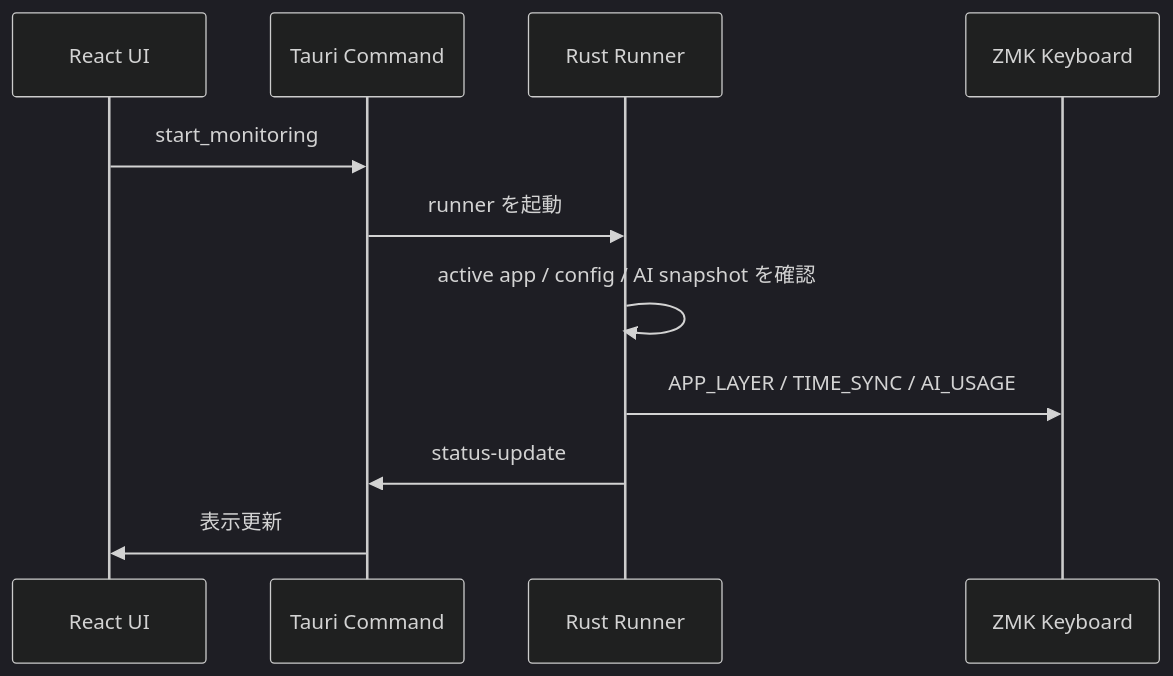
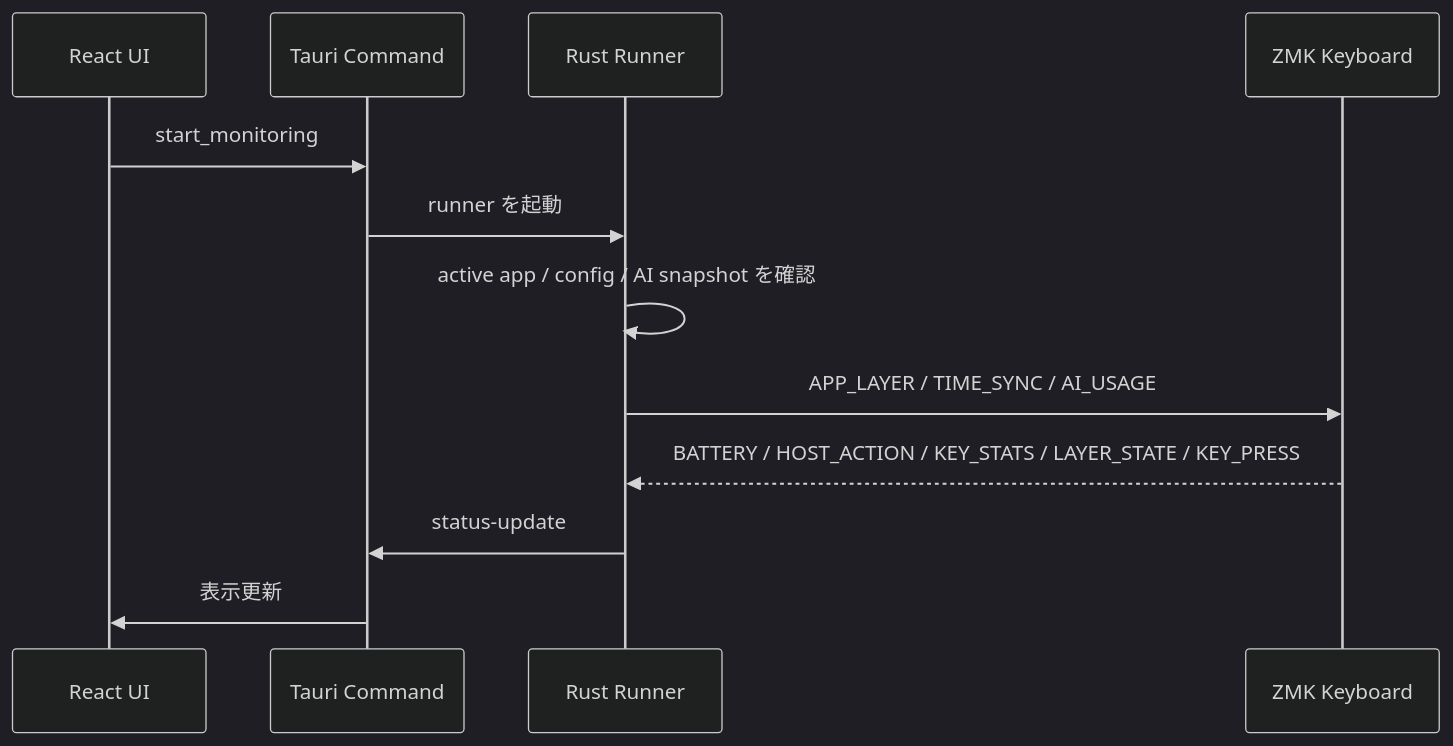
One commit to hrmt-lab/Keylink-Studio changed the second of 4 diagrams in docs/technology-overview.md. Above: the diagram before and after it, drawn with Mermaid (dark theme). The commit also changed other lines of this file and 15 other files, not shown here.

````diff
--- a/docs/technology-overview.md
+++ b/docs/technology-overview.md
@@ -140,13 +152,14 @@
 ```mermaid
 sequenceDiagram
     participant UI as React UI
     participant T as Tauri Command
     participant R as Rust Runner
     participant K as ZMK Keyboard
     UI->>T: start_monitoring
     T->>R: runner を起動
     R->>R: active app / config / AI snapshot を確認
     R->>K: APP_LAYER / TIME_SYNC / AI_USAGE
+    K-->>R: BATTERY / HOST_ACTION / KEY_STATS / LAYER_STATE / KEY_PRESS
     R->>T: status-update
     T->>UI: 表示更新
 ```
````
